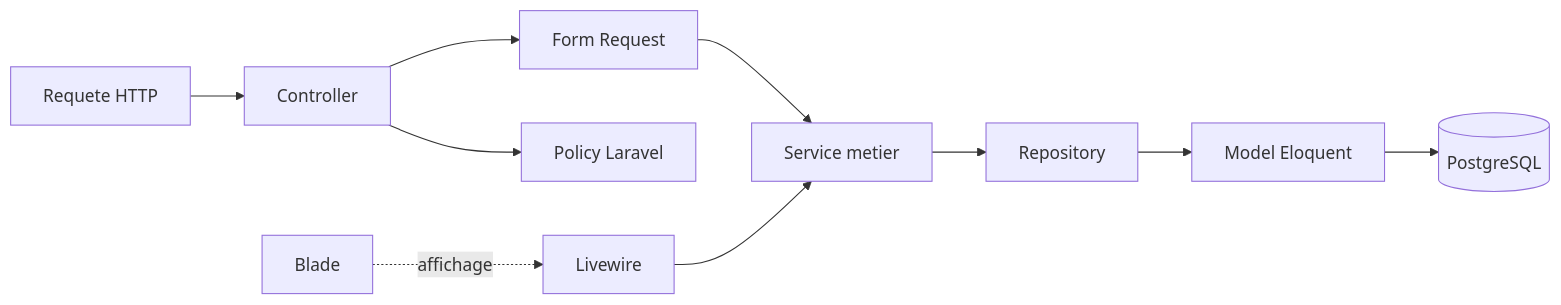
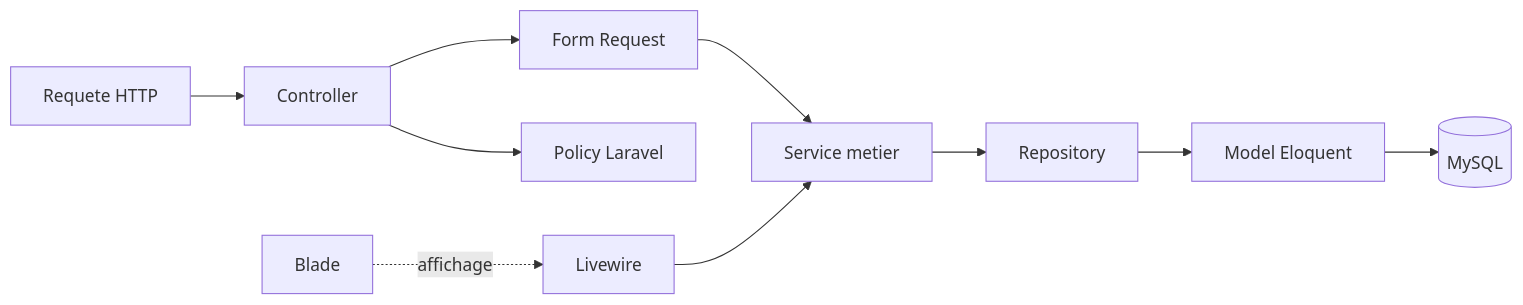
One commit to Claude20022002/StudyLib changed the second of 13 diagrams in docs/RAPPORT.md. Above: the diagram before and after it, drawn with Mermaid. The commit also changed other lines of this file and 1 other file, not shown here.

Commit message:
Mettre à jour la documentation pour refléter le changement de PostgreSQL 16 à MySQL 8 dans AGENT_CONTEXT.md et RAPPORT.md

````diff
--- a/docs/RAPPORT.md
+++ b/docs/RAPPORT.md
@@ -192,13 +192,13 @@
 ```mermaid
 flowchart LR
     REQ[Requete HTTP] --> CTRL[Controller]
     CTRL --> FR[Form Request]
     FR --> SVC[Service metier]
     SVC --> REPO[Repository]
     REPO --> MODEL[Model Eloquent]
-    MODEL --> DB[(PostgreSQL)]
+    MODEL --> DB[(MySQL)]
 
     CTRL --> POL[Policy Laravel]
     LW[Livewire] --> SVC
     VIEW[Blade] -.->|affichage| LW
 ```
````
